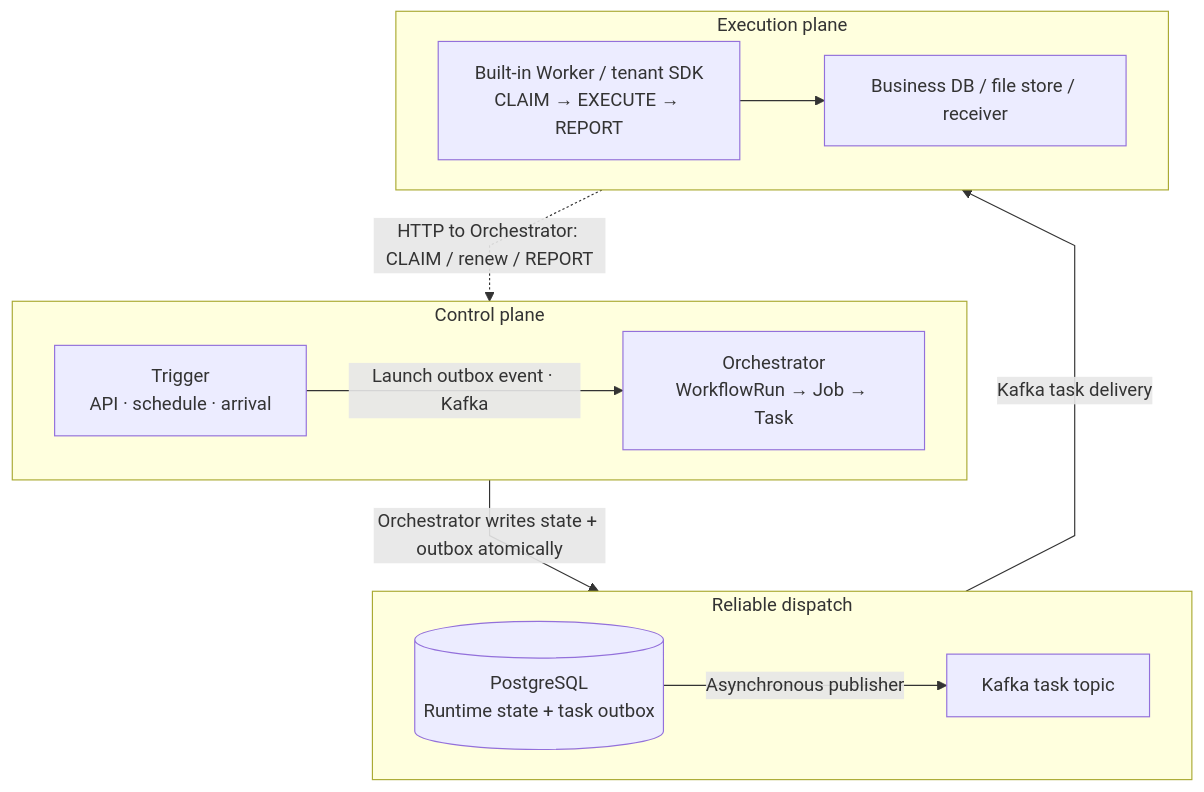
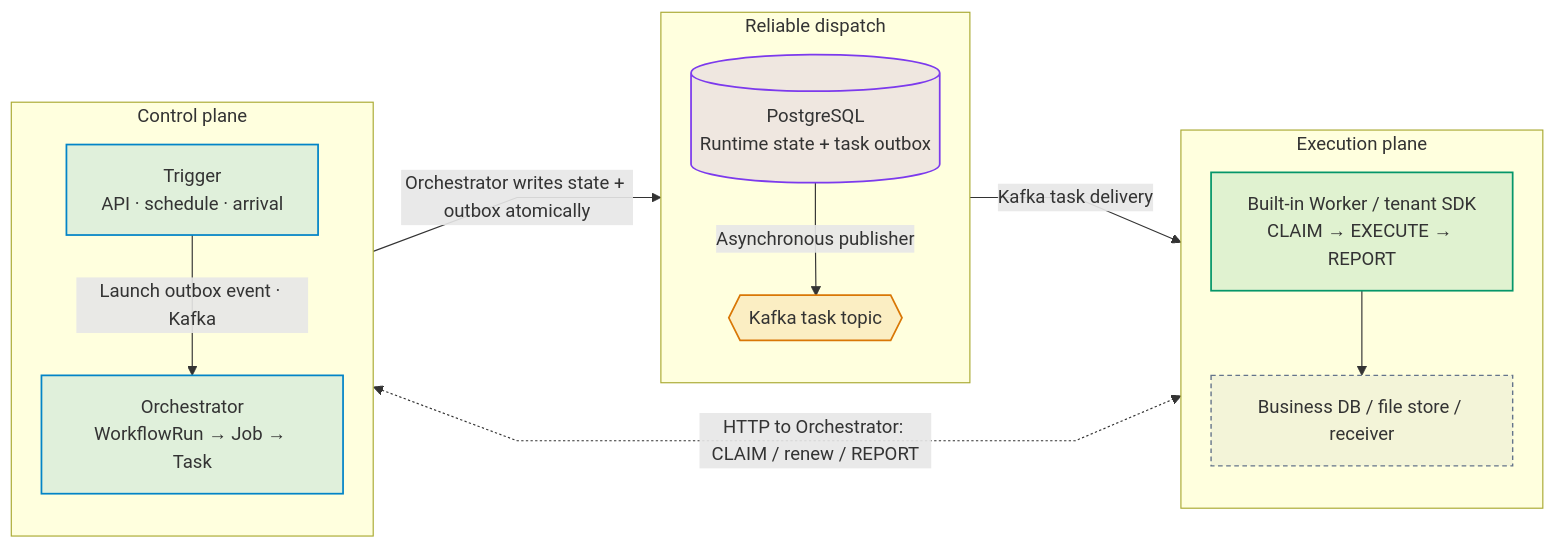
Before and after one commit to pinpols/file-batch-system: the diagram in README.en.md, drawn with Mermaid. The commit also changed 7 other files, not shown here.

First line of the commit message:
docs: adopt the diagram legend in governance and redraw the first P1 diagrams (#1372)

````diff
--- a/README.en.md
+++ b/README.en.md
@@ -54,19 +54,33 @@
 ```mermaid
 %%{init: {"flowchart":{"curve":"linear","nodeSpacing":32,"rankSpacing":48},"sequence":{"mirrorActors":false}}}%%
-flowchart TB
+flowchart LR
+
   subgraph Control["Control plane"]
-    direction LR
-    Trigger["Trigger<br/>API · schedule · arrival"] -->|"Launch outbox event · Kafka"| Orch["Orchestrator<br/>WorkflowRun → Job → Task"]
+    direction TB
+    Trigger["Trigger<br/>API · schedule · arrival"]:::control
+    Orch["Orchestrator<br/>WorkflowRun → Job → Task"]:::control
+    Trigger -->|"Launch outbox event · Kafka"| Orch
   end
   subgraph Delivery["Reliable dispatch"]
-    direction LR
-    DB[("PostgreSQL<br/>Runtime state + task outbox")] -->|"Asynchronous publisher"| Kafka["Kafka task topic"]
+    direction TB
+    DB[("PostgreSQL<br/>Runtime state + task outbox")]:::store
+    Kafka{{"Kafka task topic"}}:::mq
+    DB -->|"Asynchronous publisher"| Kafka
   end
   subgraph Execution["Execution plane"]
-    direction LR
-    Worker["Built-in Worker / tenant SDK<br/>CLAIM → EXECUTE → REPORT"] --> Target["Business DB / file store / receiver"]
+    direction TB
+    Worker["Built-in Worker / tenant SDK<br/>CLAIM → EXECUTE → REPORT"]:::worker
+    Target["Business DB / file store / receiver"]:::ext
+    Worker --> Target
   end
   Control -->|"Orchestrator writes state + outbox atomically"| Delivery
   Delivery -->|"Kafka task delivery"| Execution
-  Execution -.->|"HTTP to Orchestrator: CLAIM / renew / REPORT"| Control
+  Control <-.->|"HTTP to Orchestrator: CLAIM / renew / REPORT"| Execution
+  classDef entry fill:#6366f11f,stroke:#6366f1,stroke-width:1.5px
+  classDef control fill:#0284c71f,stroke:#0284c7,stroke-width:1.5px
+  classDef mq fill:#d977061f,stroke:#d97706,stroke-width:1.5px
+  classDef worker fill:#0596691f,stroke:#059669,stroke-width:1.5px
+  classDef store fill:#7c3aed1f,stroke:#7c3aed,stroke-width:1.5px
+  classDef ext fill:#64748b14,stroke:#64748b,stroke-width:1.2px,stroke-dasharray:4 3
+  classDef lib fill:#64748b14,stroke:#64748b,stroke-width:1.2px
 ```
````
